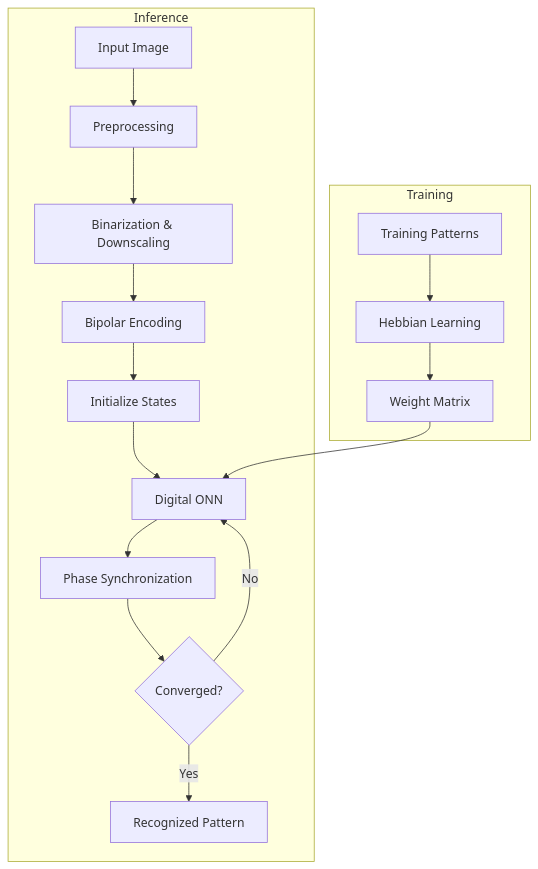
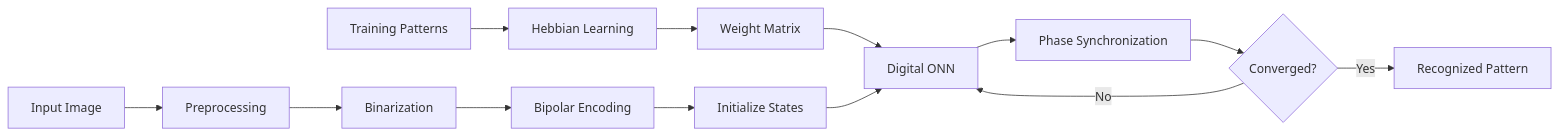
The diagram in README.md (Vishal5434/Digital-ONN-on-FPGA), drawn with Mermaid before and after one commit. The commit also changed other lines of this file, not shown here.

````diff
--- a/README.md
+++ b/README.md
@@ -69,24 +68,24 @@
 ```mermaid
-flowchart TB
+flowchart LR
 
-subgraph Training
+
 A[Training Patterns]
 --> B[Hebbian Learning]
 --> C[Weight Matrix]
-end
 
-subgraph Inference
 D[Input Image]
 --> E[Preprocessing]
---> F[Binarization & Downscaling]
+--> F[Binarization]
 --> G[Bipolar Encoding]
 --> H[Initialize States]
---> I[Digital ONN]
---> J[Phase Synchronization]
---> K{Converged?}
-K -- No --> I
-K -- Yes --> L[Recognized Pattern]
-end
 
-C --> I
+C --> J[Digital ONN]
+H --> J
+
+J --> K[Phase Synchronization]
+
+K --> L{Converged?}
+
+L -- No --> J
+L -- Yes --> M[Recognized Pattern]
 ```
````
